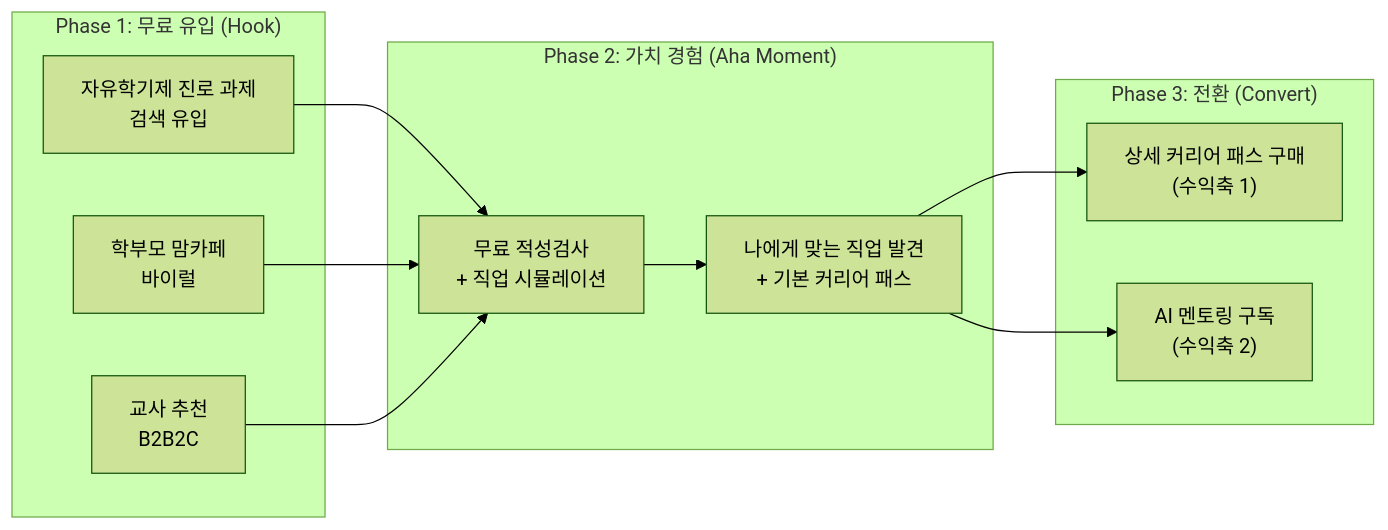
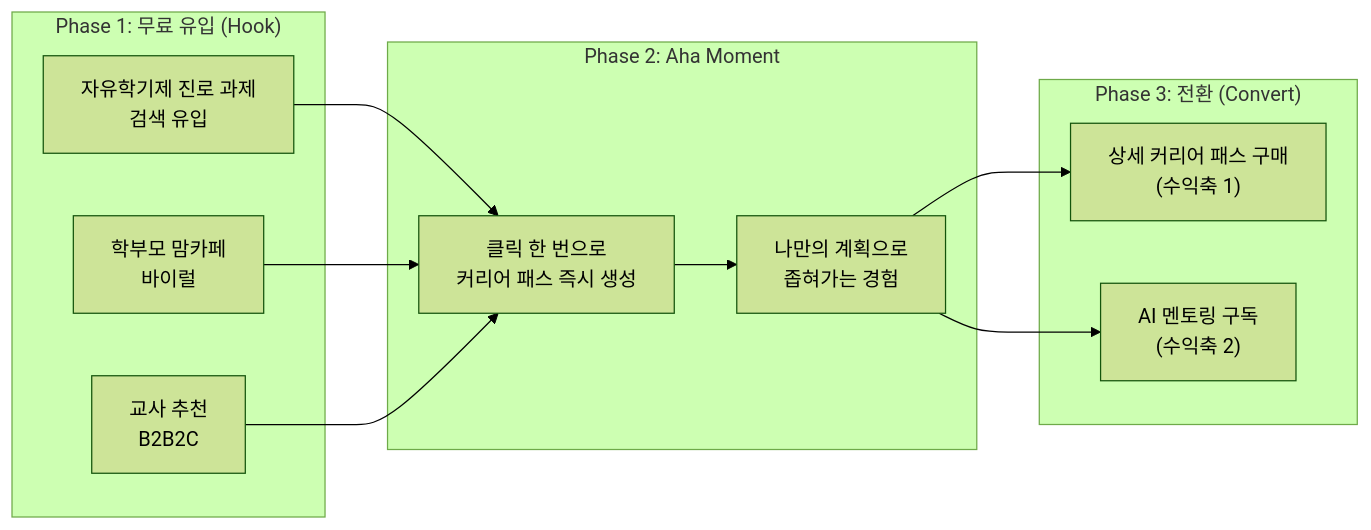
One commit to Collegenie-X/AI-career-path changed the sixth of 7 diagrams in INVESTMENT_PROPOSAL.md. Above: the diagram before and after it, drawn with Mermaid (forest theme). The commit also changed other lines of this file and 9 other files, not shown here.

````diff
--- a/INVESTMENT_PROPOSAL.md
+++ b/INVESTMENT_PROPOSAL.md
@@ -786,20 +527,20 @@
 ```mermaid
 graph LR
     subgraph "Phase 1: 무료 유입 (Hook)"
         A["자유학기제 진로 과제<br/>검색 유입"]
         B["학부모 맘카페<br/>바이럴"]
         C["교사 추천<br/>B2B2C"]
     end
 
-    subgraph "Phase 2: 가치 경험 (Aha Moment)"
-        A --> D["무료 적성검사<br/>+ 직업 시뮬레이션"]
+    subgraph "Phase 2: Aha Moment"
+        A --> D["클릭 한 번으로<br/>커리어 패스 즉시 생성"]
         B --> D
         C --> D
-        D --> E["나에게 맞는 직업 발견<br/>+ 기본 커리어 패스"]
+        D --> E["나만의 계획으로<br/>좁혀가는 경험"]
     end
 
     subgraph "Phase 3: 전환 (Convert)"
         E --> F["상세 커리어 패스 구매<br/>(수익축 1)"]
         E --> G["AI 멘토링 구독<br/>(수익축 2)"]
     end
 ```
````
